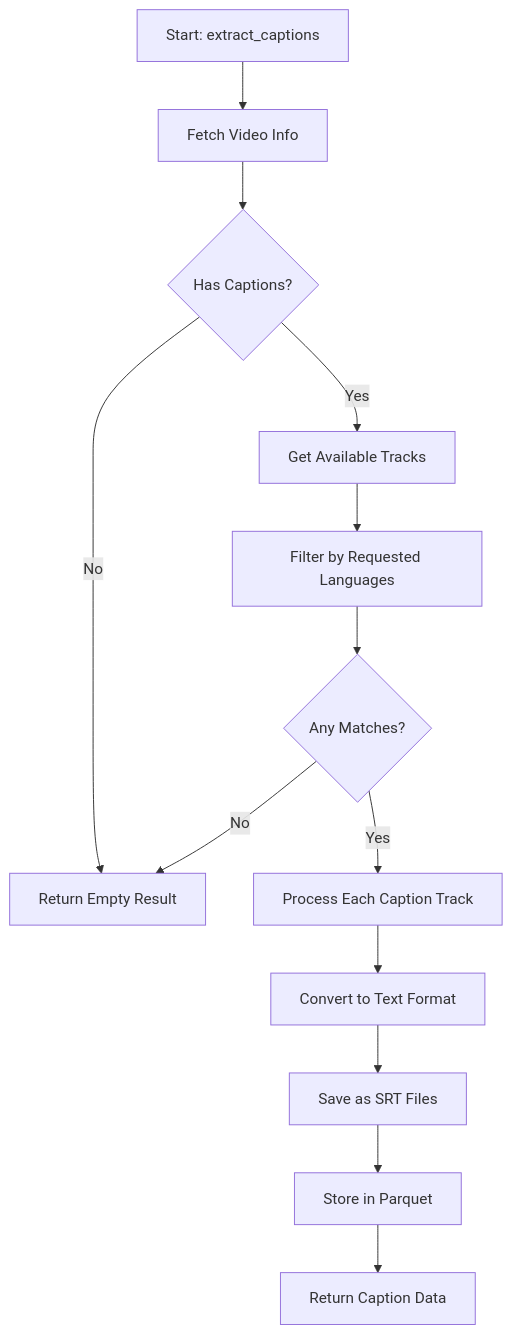
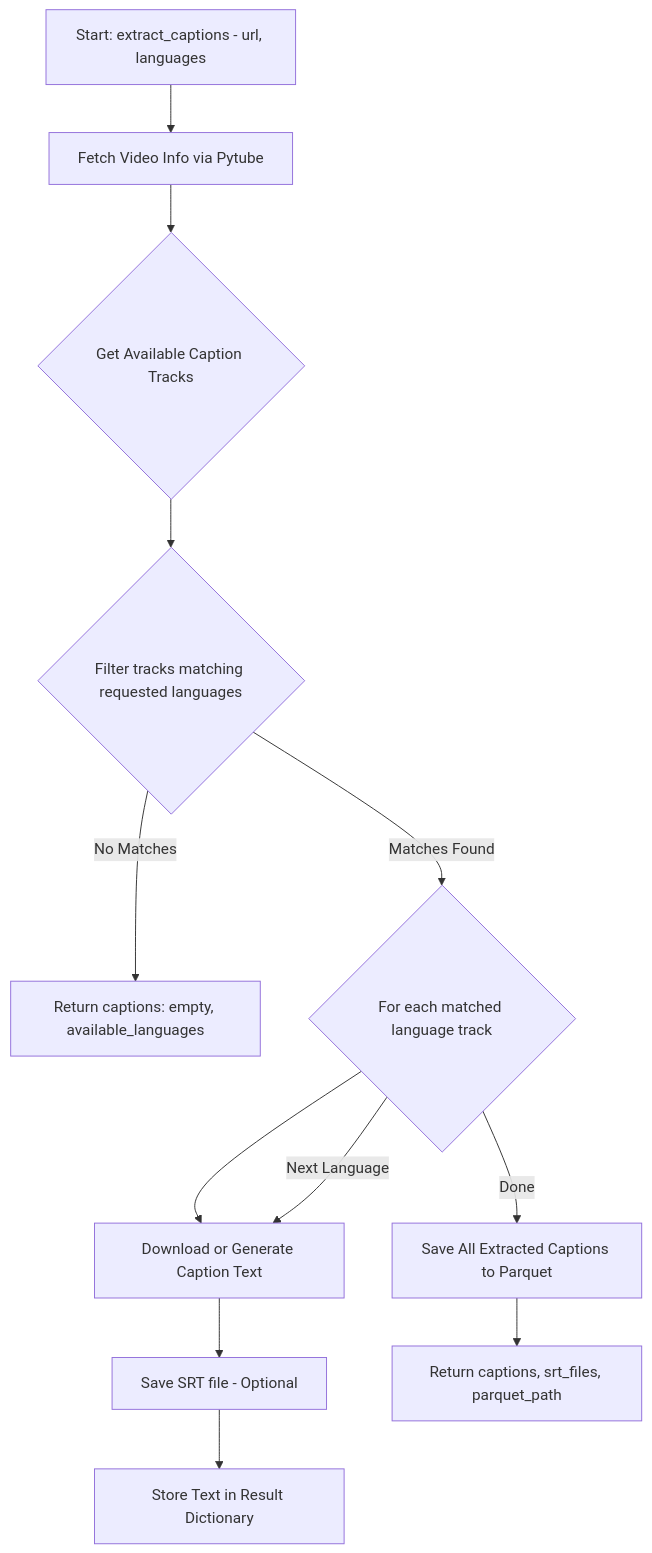
One commit to Ollama-Agent-Roll-Cage/oarc-crawlers changed the seventh of 25 diagrams in docs/Crawlers.md. Above: the diagram before and after it, drawn with Mermaid. The commit also changed other lines of this file and 9 other files, not shown here.

````diff
--- a/docs/Crawlers.md
+++ b/docs/Crawlers.md
@@ -256,15 +262,14 @@
 ```mermaid
-flowchart TD
-    A[Start: extract_captions] --> B[Fetch Video Info]
-    B --> C{Has Captions?}
-    C -->|No| D[Return Empty Result]
-    C -->|Yes| E[Get Available Tracks]
-    E --> F[Filter by Requested Languages]
-    F --> G{Any Matches?}
-    G -->|No| D
-    G -->|Yes| H[Process Each Caption Track]
-    H --> I[Convert to Text Format]
-    I --> J[Save as SRT Files]
-    J --> K[Store in Parquet]
-    K --> L[Return Caption Data]
+graph TD
+    A[Start: extract_captions - url, languages] --> B[Fetch Video Info via Pytube]
+    B --> C{Get Available Caption Tracks}
+    C --> D{Filter tracks matching requested languages}
+    D -- No Matches --> E[Return captions: empty, available_languages]
+    D -- Matches Found --> F{For each matched language track}
+    F --> G[Download or Generate Caption Text]
+    G --> H[Save SRT file - Optional]
+    H --> I[Store Text in Result Dictionary]
+    F -- Next Language --> G
+    F -- Done --> J[Save All Extracted Captions to Parquet]
+    J --> K[Return captions, srt_files, parquet_path]
 ```
````
